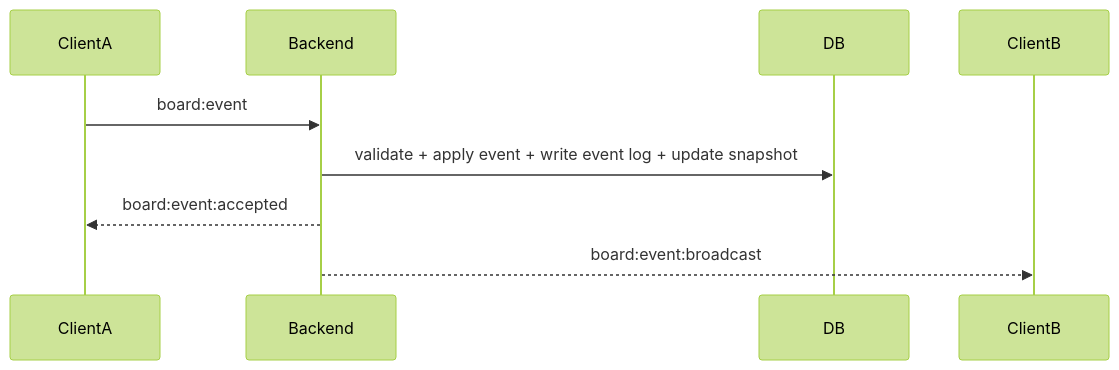
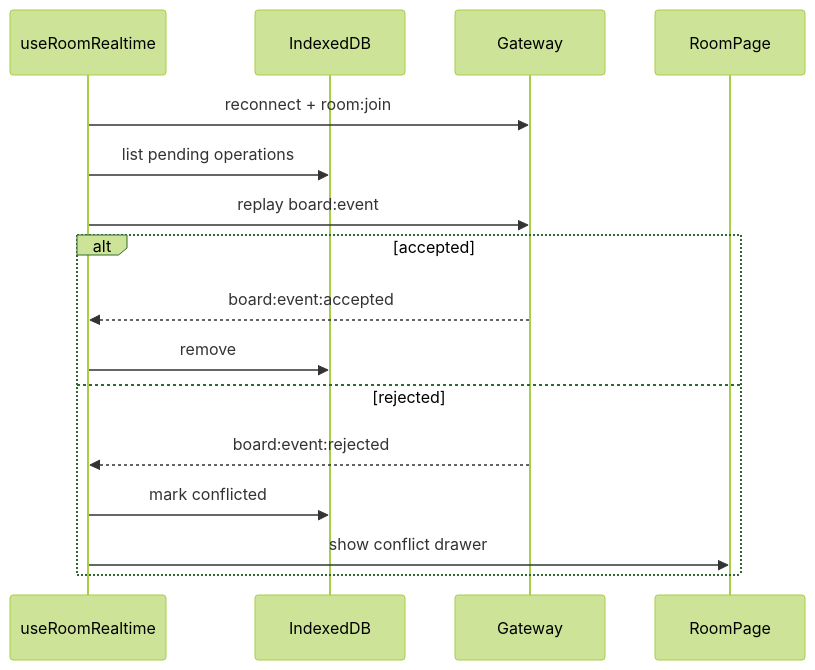
Before and after one commit to phapsucongu/white-board: diagram 16 of 19 in REPO_REPORT.md, drawn with Mermaid (forest theme). The commit also changed other lines of this file, not shown here.

````diff
--- a/REPO_REPORT.md
+++ b/REPO_REPORT.md
@@ -741,12 +772,19 @@
 ```mermaid
 sequenceDiagram
-    participant ClientA
-    participant Backend
-    participant DB
-    participant ClientB
+  participant RT as useRoomRealtime
+  participant Outbox as IndexedDB
+  participant Gateway
+  participant RoomPage
 
-    ClientA->>Backend: board:event
-    Backend->>DB: validate + apply event + write event log + update snapshot
-    Backend-->>ClientA: board:event:accepted
-    Backend-->>ClientB: board:event:broadcast
+  RT->>Gateway: reconnect + room:join
+  RT->>Outbox: list pending operations
+  RT->>Gateway: replay board:event
+  alt accepted
+    Gateway-->>RT: board:event:accepted
+    RT->>Outbox: remove
+  else rejected
+    Gateway-->>RT: board:event:rejected
+    RT->>Outbox: mark conflicted
+    RT->>RoomPage: show conflict drawer
+  end
 ```
````
